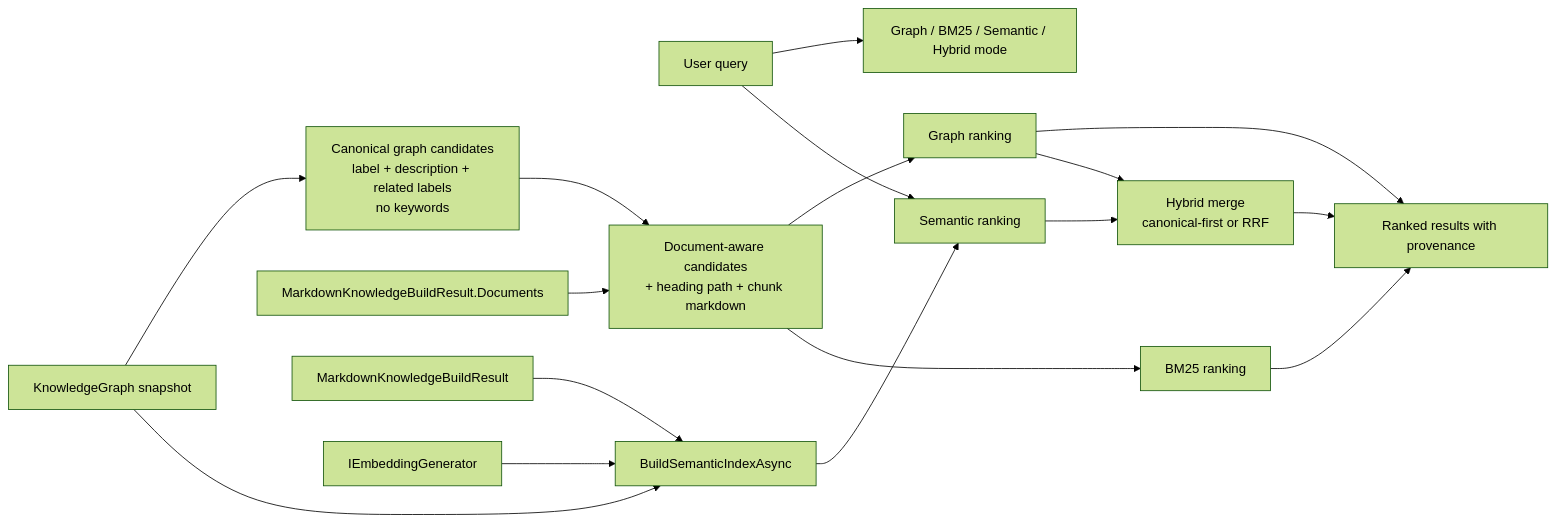
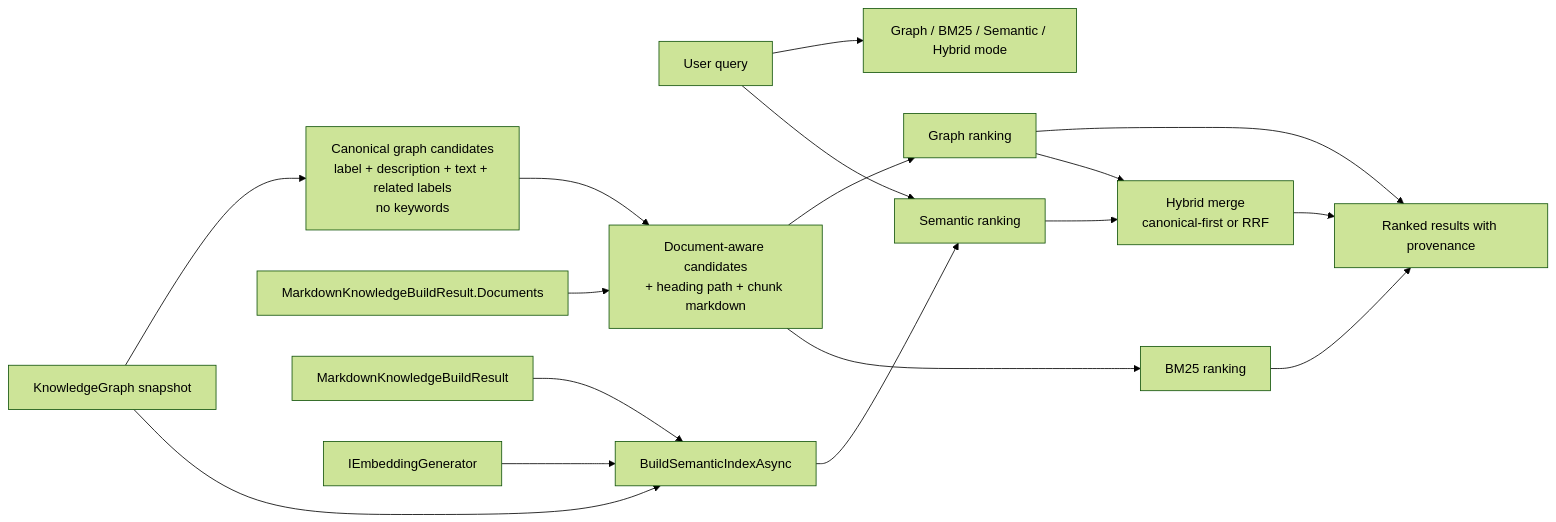
One commit to managedcode/markdown-ld-kb changed the diagram in docs/Features/HybridGraphSearch.md. Above: the diagram before and after it, drawn with Mermaid (forest theme). The commit also changed other lines of this file and 8 other files, not shown here.

Commit message:
Fix graph search ranking and caption retrieval

````diff
--- a/docs/Features/HybridGraphSearch.md
+++ b/docs/Features/HybridGraphSearch.md
@@ -11,19 +11,19 @@
 ```mermaid
 flowchart LR
     Query["User query"] --> Mode["Graph / BM25 / Semantic / Hybrid mode"]
-    Graph["KnowledgeGraph snapshot"] --> Canonical["Canonical graph candidates\nlabel + description + related labels\nno keywords"]
+    Graph["KnowledgeGraph snapshot"] --> Canonical["Canonical graph candidates\nlabel + description + text + related labels\nno keywords"]
     Documents["MarkdownKnowledgeBuildResult.Documents"] --> DocumentAware["Document-aware candidates\n+ heading path + chunk markdown"]
     Canonical --> DocumentAware
     DocumentAware --> GraphRank["Graph ranking"]
     DocumentAware --> Bm25Rank["BM25 ranking"]
     BuildResult["MarkdownKnowledgeBuildResult"] --> SemanticIndex["BuildSemanticIndexAsync"]
     Graph --> SemanticIndex
     Embedder["IEmbeddingGenerator"] --> SemanticIndex
     Query --> SemanticRank["Semantic ranking"]
     SemanticIndex --> SemanticRank
     GraphRank --> Results["Ranked results with provenance"]
     Bm25Rank --> Results
     GraphRank --> Merge["Hybrid merge\ncanonical-first or RRF"]
     SemanticRank --> Merge
     Merge --> Results
 ```
````
